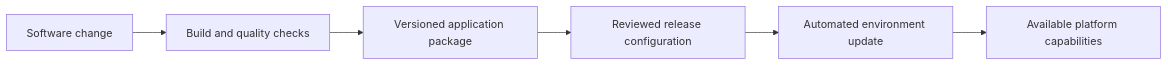
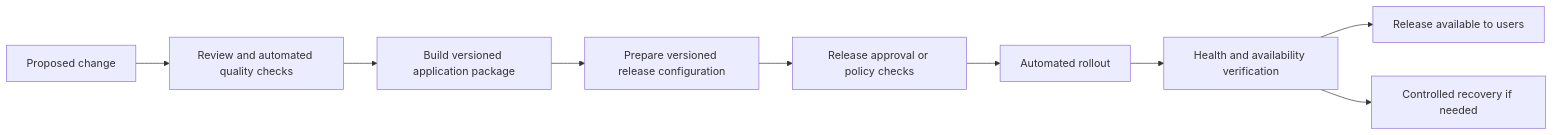
Before and after one commit to nammuru2026-vishnu/Nammuru.org: the sixth of 6 diagrams in nammuru_solution_architecture.md, drawn with Mermaid. The commit also changed other lines of this file, not shown here.

````diff
--- a/nammuru_solution_architecture.md
+++ b/nammuru_solution_architecture.md
@@ -105,8 +117,11 @@
 ```mermaid
 flowchart LR
-    CHANGE[Software change] --> CHECKS[Build and quality checks]
-    CHECKS --> PACKAGE[Versioned application package]
-    PACKAGE --> RELEASE[Reviewed release configuration]
-    RELEASE --> RECONCILE[Automated environment update]
-    RECONCILE --> RUNNING[Available platform capabilities]
+    CHANGE[Proposed change] --> REVIEW[Review and automated quality checks]
+    REVIEW --> PACKAGE[Build versioned application package]
+    PACKAGE --> CONFIG[Prepare versioned release configuration]
+    CONFIG --> APPROVAL[Release approval or policy checks]
+    APPROVAL --> DEPLOY[Automated rollout]
+    DEPLOY --> VERIFY[Health and availability verification]
+    VERIFY --> READY[Release available to users]
+    VERIFY --> RECOVER[Controlled recovery if needed]
 ```
````
